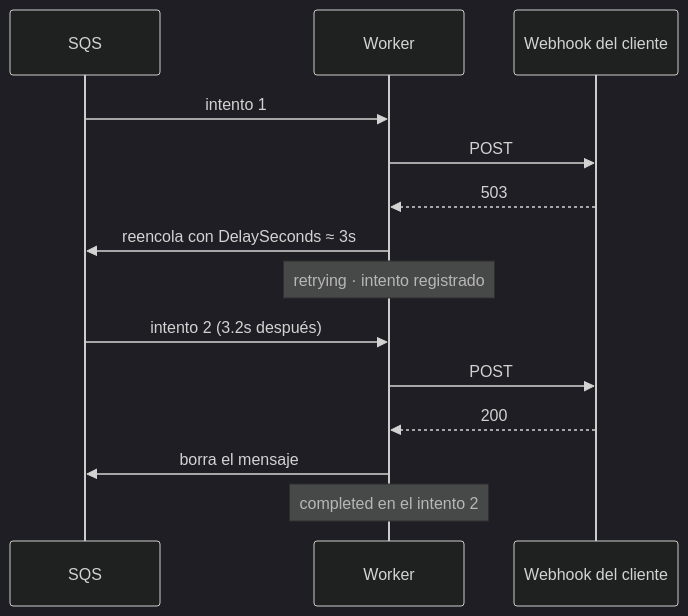
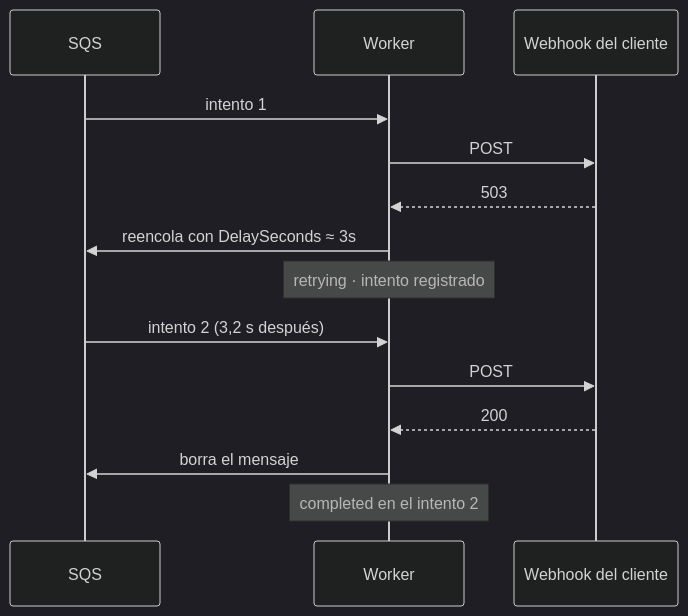
One commit to ssalaza7/cobre-notification-delivery changed the third of 5 diagrams in README.md. Above: the diagram before and after it, drawn with Mermaid (dark theme). The commit also changed other lines of this file and 3 other files, not shown here.

````diff
--- a/README.md
+++ b/README.md
@@ -105,18 +121,18 @@
 ```mermaid
 sequenceDiagram
     participant Q as SQS
     participant W as Worker
     participant C as Webhook del cliente
 
     Q->>W: intento 1
     W->>C: POST
     C-->>W: 503
     W->>Q: reencola con DelaySeconds ≈ 3s
     Note over W: retrying · intento registrado
 
-    Q->>W: intento 2 (3.2s después)
+    Q->>W: intento 2 (3,2 s después)
     W->>C: POST
     C-->>W: 200
     W->>Q: borra el mensaje
     Note over W: completed en el intento 2
 ```
````
